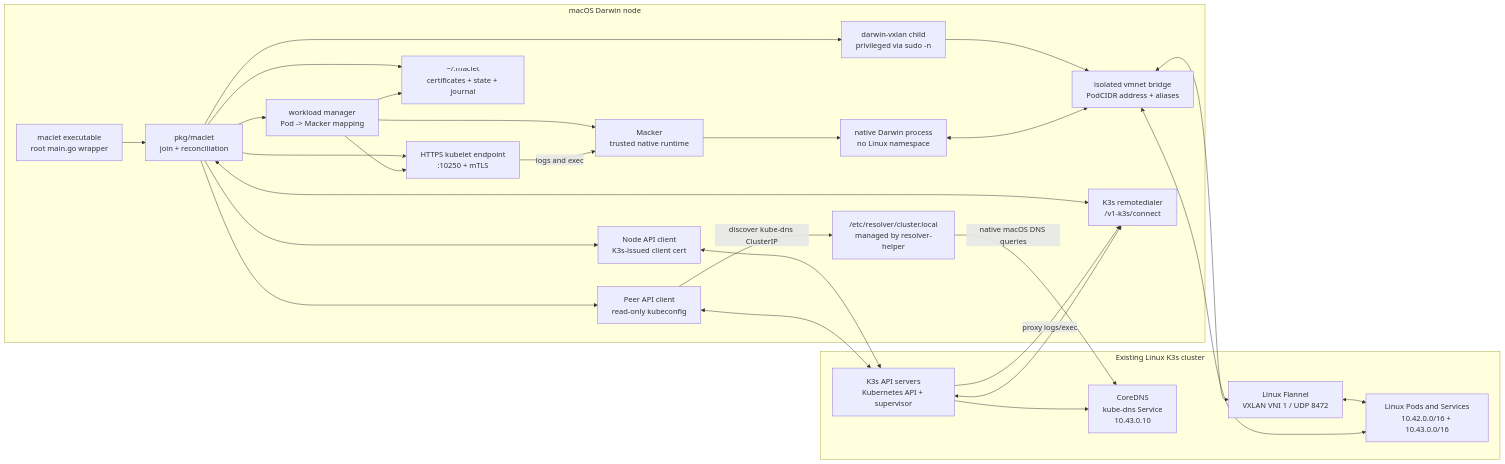
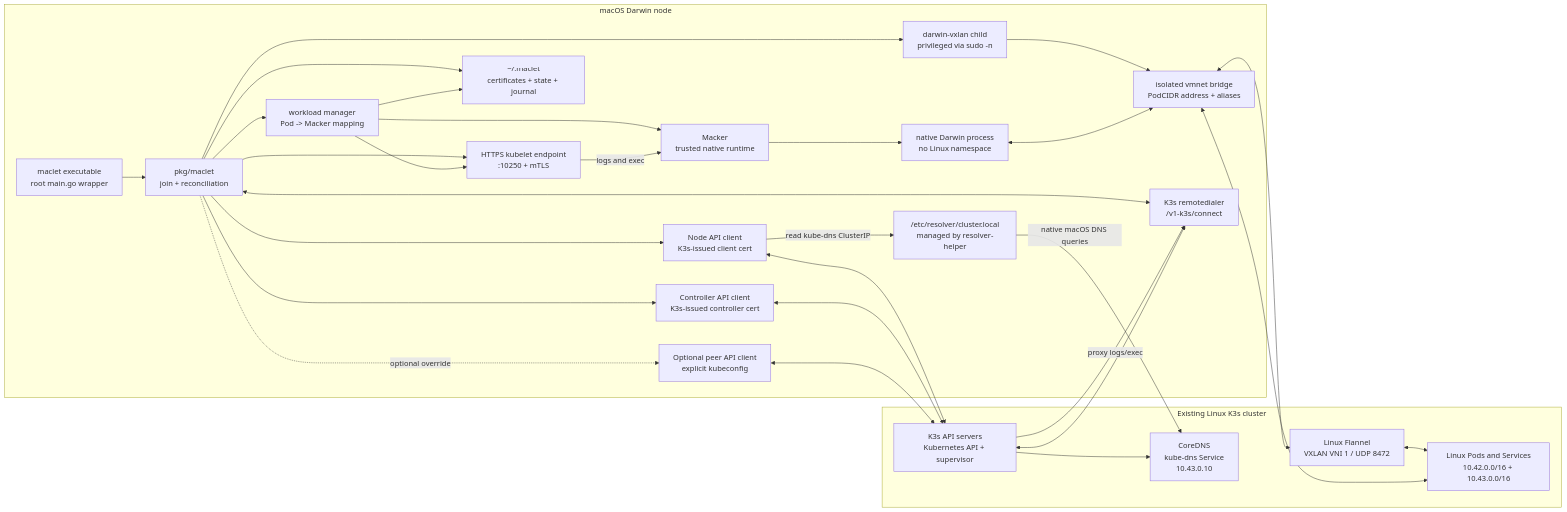
Before and after one commit to initialed85/maclet: the diagram in ARCHITECTURE.md, drawn with Mermaid. The commit also changed other lines of this file and 10 other files, not shown here.

Commit message:
Use K3s controller identity for peer discovery

````diff
--- a/ARCHITECTURE.md
+++ b/ARCHITECTURE.md
@@ -16,51 +16,54 @@
 ```mermaid
 flowchart LR
     subgraph Cluster["Existing Linux K3s cluster"]
         API["K3s API servers<br/>Kubernetes API + supervisor"]
         CoreDNS["CoreDNS<br/>kube-dns Service<br/>10.43.0.10"]
         Flannel["Linux Flannel<br/>VXLAN VNI 1 / UDP 8472"]
         LinuxPods["Linux Pods and Services<br/>10.42.0.0/16 + 10.43.0.0/16"]
         API --> CoreDNS
         Flannel <--> LinuxPods
     end
 
     subgraph Mac["macOS Darwin node"]
         CLI["maclet executable<br/>root main.go wrapper"]
         Agent["pkg/maclet<br/>join + reconciliation"]
         NodeAPI["Node API client<br/>K3s-issued client cert"]
-        PeerAPI["Peer API client<br/>read-only kubeconfig"]
+        ControllerAPI["Controller API client<br/>K3s-issued controller cert"]
+        PeerAPI["Optional peer API client<br/>explicit kubeconfig"]
         VXLAN["darwin-vxlan child<br/>privileged via sudo -n"]
         Bridge["isolated vmnet bridge<br/>PodCIDR address + aliases"]
         Resolver["/etc/resolver/cluster.local<br/>managed by resolver-helper"]
         Workloads["workload manager<br/>Pod -> Macker mapping"]
         Macker["Macker<br/>trusted native runtime"]
         Native["native Darwin process<br/>no Linux namespace"]
         Kubelet["HTTPS kubelet endpoint<br/>:10250 + mTLS"]
         Journal["~/.maclet<br/>certificates + state + journal"]
         Tunnel["K3s remotedialer<br/>/v1-k3s/connect"]
     end
 
     CLI --> Agent
     Agent --> NodeAPI
-    Agent --> PeerAPI
+    Agent --> ControllerAPI
+    Agent -. optional override .-> PeerAPI
     NodeAPI <--> API
+    ControllerAPI <--> API
     PeerAPI <--> API
 
     Agent --> VXLAN --> Bridge
     Bridge <--> Flannel
     Bridge <--> LinuxPods
 
-    PeerAPI -->|discover kube-dns ClusterIP| Resolver
+    NodeAPI -->|read kube-dns ClusterIP| Resolver
     Resolver -->|native macOS DNS queries| CoreDNS
 
     Agent --> Workloads --> Macker --> Native
     Native <--> Bridge
     Agent --> Kubelet
     Workloads --> Kubelet
     Kubelet -->|logs and exec| Macker
 
     Agent <--> Tunnel <--> API
     API -->|proxy logs/exec| Tunnel
     Agent --> Journal
     Workloads --> Journal
 ```
````
